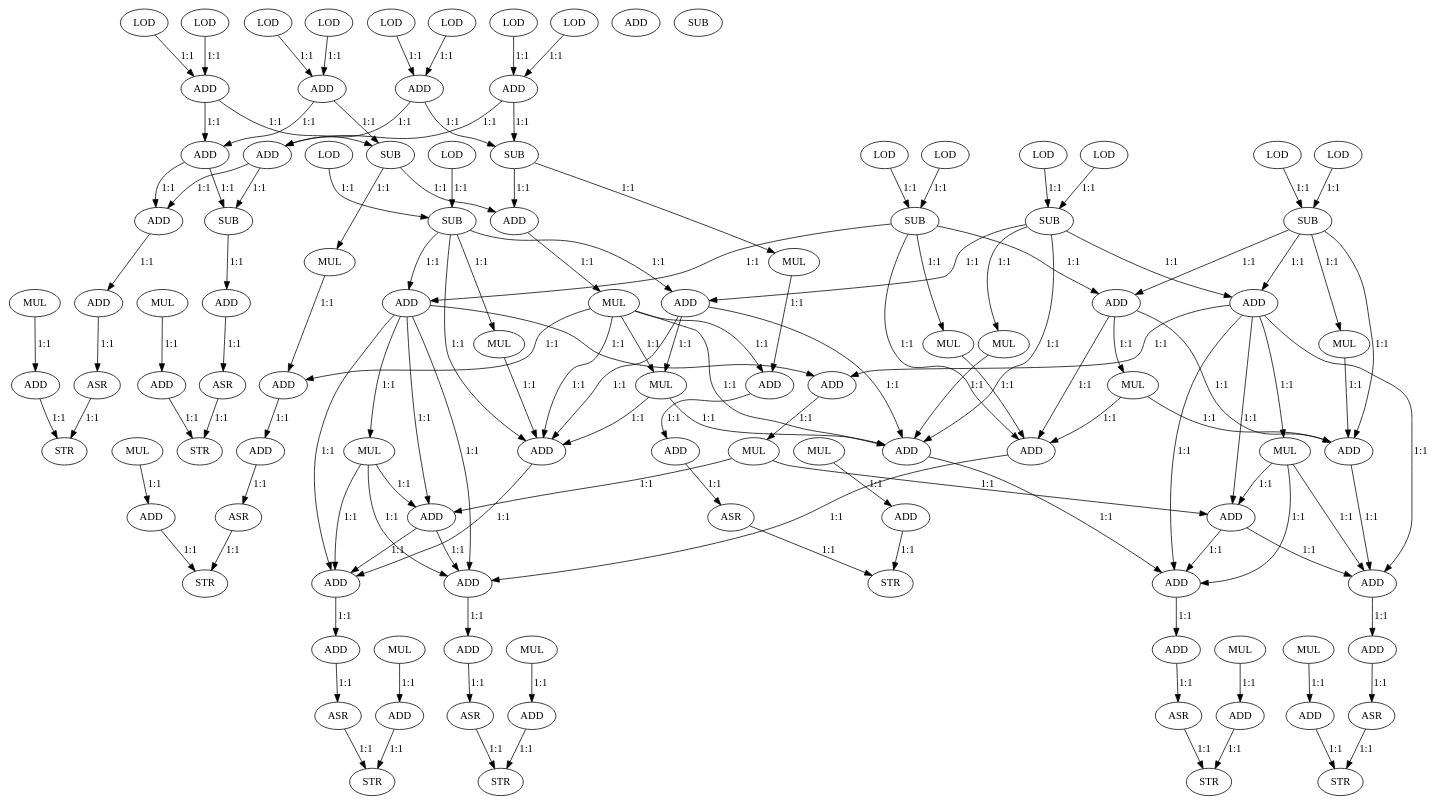
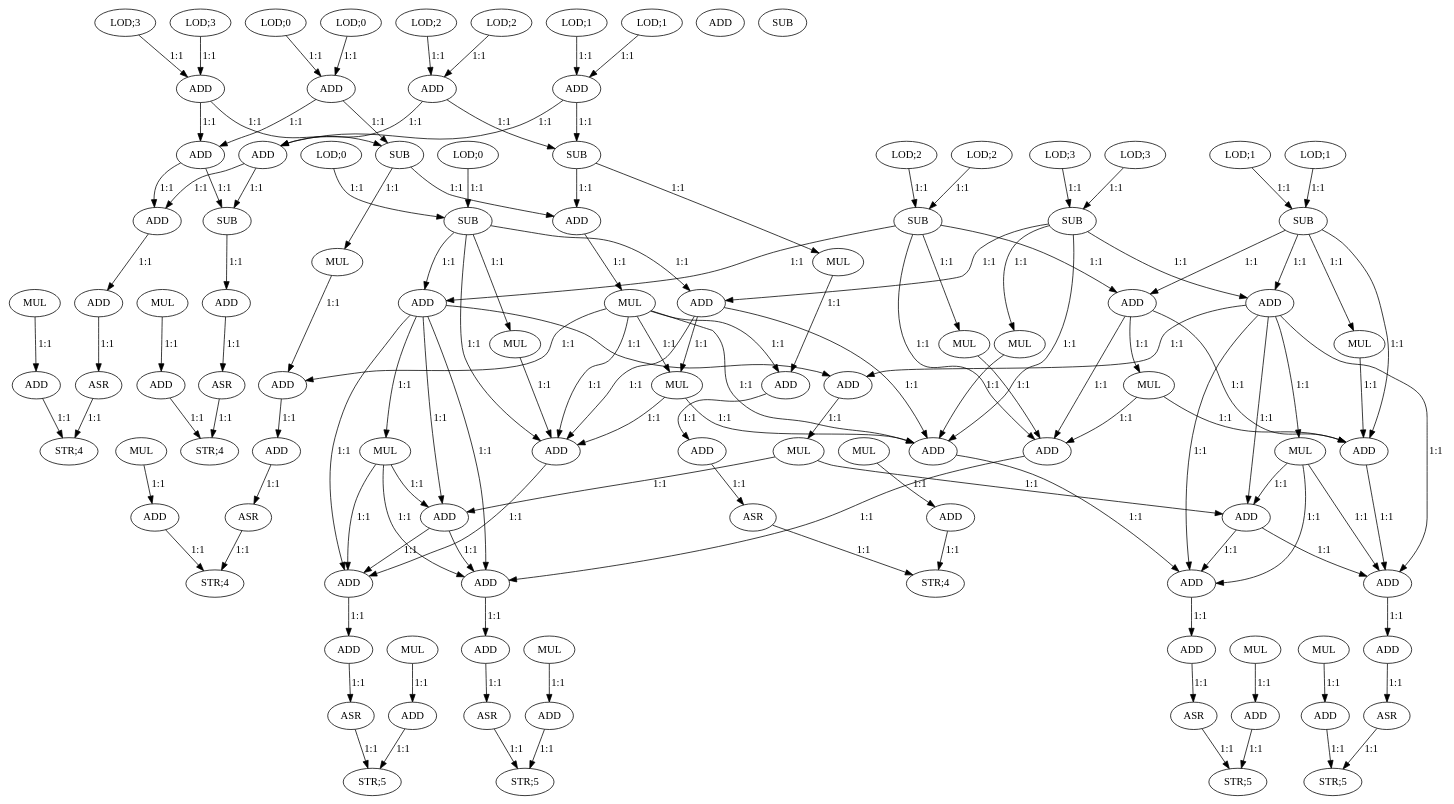
The diagram in large_dfgs/Express_loadUpward/jpeg_fdct.dot (nikhilsambhus/DFGprop), drawn with Graphviz before and after one commit. The commit also changed 16 other files, not shown here.

```diff
--- a/large_dfgs/Express_loadUpward/jpeg_fdct.dot
+++ b/large_dfgs/Express_loadUpward/jpeg_fdct.dot
@@ -1,27 +1,27 @@
 digraph  {
-   0 [label="LOD"];
-   1 [label="LOD"];
+   0 [label="LOD;0"];
+   1 [label="LOD;0"];
    2 [label="ADD"];
-   3 [label="LOD"];
-   4 [label="LOD"];
+   3 [label="LOD;0"];
+   4 [label="LOD;0"];
    5 [label="SUB"];
-   6 [label="LOD"];
-   7 [label="LOD"];
+   6 [label="LOD;1"];
+   7 [label="LOD;1"];
    8 [label="ADD"];
-   9 [label="LOD"];
-   10 [label="LOD"];
+   9 [label="LOD;1"];
+   10 [label="LOD;1"];
    11 [label="SUB"];
-   12 [label="LOD"];
-   13 [label="LOD"];
+   12 [label="LOD;2"];
+   13 [label="LOD;2"];
    14 [label="ADD"];
-   15 [label="LOD"];
-   16 [label="LOD"];
+   15 [label="LOD;2"];
+   16 [label="LOD;2"];
    17 [label="SUB"];
-   18 [label="LOD"];
-   19 [label="LOD"];
+   18 [label="LOD;3"];
+   19 [label="LOD;3"];
    20 [label="ADD"];
-   21 [label="LOD"];
-   22 [label="LOD"];
+   21 [label="LOD;3"];
+   22 [label="LOD;3"];
    23 [label="SUB"];
    24 [label="ADD"];
    25 [label="SUB"];
@@ -32,13 +32,13 @@
    30 [label="ASR"];
    31 [label="MUL"];
    32 [label="ADD"];
-   33 [label="STR"];
+   33 [label="STR;4"];
    34 [label="SUB"];
    35 [label="ADD"];
    36 [label="ASR"];
    37 [label="MUL"];
    38 [label="ADD"];
-   39 [label="STR"];
+   39 [label="STR;4"];
    40 [label="ADD"];
    41 [label="MUL"];
    42 [label="MUL"];
@@ -47,14 +47,14 @@
    45 [label="ASR"];
    46 [label="MUL"];
    47 [label="ADD"];
-   48 [label="STR"];
+   48 [label="STR;4"];
    49 [label="MUL"];
    50 [label="ADD"];
    51 [label="ADD"];
    52 [label="ASR"];
    53 [label="MUL"];
    54 [label="ADD"];
-   55 [label="STR"];
+   55 [label="STR;4"];
    56 [label="ADD"];
    57 [label="ADD"];
    58 [label="ADD"];
@@ -77,166 +77,166 @@
    75 [label="ASR"];
    76 [label="MUL"];
    77 [label="ADD"];
-   78 [label="STR"];
+   78 [label="STR;5"];
    79 [label="ADD"];
    80 [label="ADD"];
    81 [label="ADD"];
    82 [label="ASR"];
    83 [label="MUL"];
    84 [label="ADD"];
-   85 [label="STR"];
+   85 [label="STR;5"];
    86 [label="ADD"];
    87 [label="ADD"];
    88 [label="ADD"];
    89 [label="ASR"];
    90 [label="MUL"];
    91 [label="ADD"];
-   92 [label="STR"];
+   92 [label="STR;5"];
    93 [label="ADD"];
    94 [label="ADD"];
    95 [label="ADD"];
    96 [label="ASR"];
    97 [label="MUL"];
    98 [label="ADD"];
-   99 [label="STR"];
+   99 [label="STR;5"];
    100 [label="ADD"];
    101 [label="SUB"];
 
-   0->2 [label="1:1"]
-   1->2 [label="1:1"]
-   2->24 [label="1:1"]
-   2->25 [label="1:1"]
-   3->5 [label="1:1"]
-   4->5 [label="1:1"]
-   5->56 [label="1:1"]
-   5->59 [label="1:1"]
-   5->65 [label="1:1"]
-   5->93 [label="1:1"]
-   6->8 [label="1:1"]
-   7->8 [label="1:1"]
-   8->26 [label="1:1"]
-   8->27 [label="1:1"]
-   9->11 [label="1:1"]
-   10->11 [label="1:1"]
-   11->57 [label="1:1"]
-   11->58 [label="1:1"]
-   11->64 [label="1:1"]
-   11->86 [label="1:1"]
-   12->14 [label="1:1"]
-   13->14 [label="1:1"]
-   14->26 [label="1:1"]
-   14->27 [label="1:1"]
-   15->17 [label="1:1"]
-   16->17 [label="1:1"]
-   17->57 [label="1:1"]
-   17->59 [label="1:1"]
-   17->63 [label="1:1"]
-   17->79 [label="1:1"]
-   18->20 [label="1:1"]
-   19->20 [label="1:1"]
-   20->24 [label="1:1"]
-   20->25 [label="1:1"]
-   21->23 [label="1:1"]
-   22->23 [label="1:1"]
-   23->56 [label="1:1"]
-   23->58 [label="1:1"]
-   23->62 [label="1:1"]
-   23->72 [label="1:1"]
-   24->28 [label="1:1"]
-   24->34 [label="1:1"]
-   25->40 [label="1:1"]
-   25->42 [label="1:1"]
-   26->28 [label="1:1"]
-   26->34 [label="1:1"]
-   27->40 [label="1:1"]
-   27->49 [label="1:1"]
-   28->29 [label="1:1"]
-   29->30 [label="1:1"]
-   30->33 [label="1:1"]
-   31->32 [label="1:1"]
-   32->33 [label="1:1"]
-   34->35 [label="1:1"]
-   35->36 [label="1:1"]
-   36->39 [label="1:1"]
-   37->38 [label="1:1"]
-   38->39 [label="1:1"]
-   40->41 [label="1:1"]
-   41->43 [label="1:1"]
-   41->50 [label="1:1"]
-   41->66 [label="1:1"]
-   41->72 [label="1:1"]
-   41->93 [label="1:1"]
-   42->43 [label="1:1"]
-   43->44 [label="1:1"]
-   44->45 [label="1:1"]
-   45->48 [label="1:1"]
-   46->47 [label="1:1"]
-   47->48 [label="1:1"]
-   49->50 [label="1:1"]
-   50->51 [label="1:1"]
-   51->52 [label="1:1"]
-   52->55 [label="1:1"]
-   53->54 [label="1:1"]
-   54->55 [label="1:1"]
-   56->66 [label="1:1"]
-   56->72 [label="1:1"]
-   56->93 [label="1:1"]
-   57->67 [label="1:1"]
-   57->79 [label="1:1"]
-   57->86 [label="1:1"]
-   58->60 [label="1:1"]
-   58->68 [label="1:1"]
-   58->70 [label="1:1"]
-   58->73 [label="1:1"]
-   58->87 [label="1:1"]
-   59->60 [label="1:1"]
-   59->69 [label="1:1"]
-   59->71 [label="1:1"]
-   59->80 [label="1:1"]
-   59->94 [label="1:1"]
-   60->61 [label="1:1"]
-   61->70 [label="1:1"]
-   61->71 [label="1:1"]
-   62->72 [label="1:1"]
-   63->79 [label="1:1"]
-   64->86 [label="1:1"]
-   65->93 [label="1:1"]
-   66->72 [label="1:1"]
-   66->93 [label="1:1"]
-   67->79 [label="1:1"]
-   67->86 [label="1:1"]
-   68->70 [label="1:1"]
-   68->73 [label="1:1"]
-   68->87 [label="1:1"]
-   69->71 [label="1:1"]
-   69->80 [label="1:1"]
-   69->94 [label="1:1"]
-   70->73 [label="1:1"]
-   70->87 [label="1:1"]
-   71->80 [label="1:1"]
-   71->94 [label="1:1"]
-   72->73 [label="1:1"]
-   73->74 [label="1:1"]
-   74->75 [label="1:1"]
-   75->78 [label="1:1"]
-   76->77 [label="1:1"]
-   77->78 [label="1:1"]
-   79->80 [label="1:1"]
-   80->81 [label="1:1"]
-   81->82 [label="1:1"]
-   82->85 [label="1:1"]
-   83->84 [label="1:1"]
-   84->85 [label="1:1"]
-   86->87 [label="1:1"]
-   87->88 [label="1:1"]
-   88->89 [label="1:1"]
-   89->92 [label="1:1"]
-   90->91 [label="1:1"]
-   91->92 [label="1:1"]
-   93->94 [label="1:1"]
-   94->95 [label="1:1"]
-   95->96 [label="1:1"]
-   96->99 [label="1:1"]
-   97->98 [label="1:1"]
-   98->99 [label="1:1"]
+   0->2 [label="1:1"];
+   1->2 [label="1:1"];
+   2->24 [label="1:1"];
+   2->25 [label="1:1"];
+   3->5 [label="1:1"];
+   4->5 [label="1:1"];
+   5->56 [label="1:1"];
+   5->59 [label="1:1"];
+   5->65 [label="1:1"];
+   5->93 [label="1:1"];
+   6->8 [label="1:1"];
+   7->8 [label="1:1"];
+   8->26 [label="1:1"];
+   8->27 [label="1:1"];
+   9->11 [label="1:1"];
+   10->11 [label="1:1"];
+   11->57 [label="1:1"];
+   11->58 [label="1:1"];
+   11->64 [label="1:1"];
+   11->86 [label="1:1"];
+   12->14 [label="1:1"];
+   13->14 [label="1:1"];
+   14->26 [label="1:1"];
+   14->27 [label="1:1"];
+   15->17 [label="1:1"];
+   16->17 [label="1:1"];
+   17->57 [label="1:1"];
+   17->59 [label="1:1"];
+   17->63 [label="1:1"];
+   17->79 [label="1:1"];
+   18->20 [label="1:1"];
+   19->20 [label="1:1"];
+   20->24 [label="1:1"];
+   20->25 [label="1:1"];
+   21->23 [label="1:1"];
+   22->23 [label="1:1"];
+   23->56 [label="1:1"];
+   23->58 [label="1:1"];
+   23->62 [label="1:1"];
+   23->72 [label="1:1"];
+   24->28 [label="1:1"];
+   24->34 [label="1:1"];
+   25->40 [label="1:1"];
+   25->42 [label="1:1"];
+   26->28 [label="1:1"];
+   26->34 [label="1:1"];
+   27->40 [label="1:1"];
+   27->49 [label="1:1"];
+   28->29 [label="1:1"];
+   29->30 [label="1:1"];
+   30->33 [label="1:1"];
+   31->32 [label="1:1"];
+   32->33 [label="1:1"];
+   34->35 [label="1:1"];
+   35->36 [label="1:1"];
+   36->39 [label="1:1"];
+   37->38 [label="1:1"];
+   38->39 [label="1:1"];
+   40->41 [label="1:1"];
+   41->43 [label="1:1"];
+   41->50 [label="1:1"];
+   41->66 [label="1:1"];
+   41->72 [label="1:1"];
+   41->93 [label="1:1"];
+   42->43 [label="1:1"];
+   43->44 [label="1:1"];
+   44->45 [label="1:1"];
+   45->48 [label="1:1"];
+   46->47 [label="1:1"];
+   47->48 [label="1:1"];
+   49->50 [label="1:1"];
+   50->51 [label="1:1"];
+   51->52 [label="1:1"];
+   52->55 [label="1:1"];
+   53->54 [label="1:1"];
+   54->55 [label="1:1"];
+   56->66 [label="1:1"];
+   56->72 [label="1:1"];
+   56->93 [label="1:1"];
+   57->67 [label="1:1"];
+   57->79 [label="1:1"];
+   57->86 [label="1:1"];
+   58->60 [label="1:1"];
+   58->68 [label="1:1"];
+   58->70 [label="1:1"];
+   58->73 [label="1:1"];
+   58->87 [label="1:1"];
+   59->60 [label="1:1"];
+   59->69 [label="1:1"];
+   59->71 [label="1:1"];
+   59->80 [label="1:1"];
+   59->94 [label="1:1"];
+   60->61 [label="1:1"];
+   61->70 [label="1:1"];
+   61->71 [label="1:1"];
+   62->72 [label="1:1"];
+   63->79 [label="1:1"];
+   64->86 [label="1:1"];
+   65->93 [label="1:1"];
+   66->72 [label="1:1"];
+   66->93 [label="1:1"];
+   67->79 [label="1:1"];
+   67->86 [label="1:1"];
+   68->70 [label="1:1"];
+   68->73 [label="1:1"];
+   68->87 [label="1:1"];
+   69->71 [label="1:1"];
+   69->80 [label="1:1"];
+   69->94 [label="1:1"];
+   70->73 [label="1:1"];
+   70->87 [label="1:1"];
+   71->80 [label="1:1"];
+   71->94 [label="1:1"];
+   72->73 [label="1:1"];
+   73->74 [label="1:1"];
+   74->75 [label="1:1"];
+   75->78 [label="1:1"];
+   76->77 [label="1:1"];
+   77->78 [label="1:1"];
+   79->80 [label="1:1"];
+   80->81 [label="1:1"];
+   81->82 [label="1:1"];
+   82->85 [label="1:1"];
+   83->84 [label="1:1"];
+   84->85 [label="1:1"];
+   86->87 [label="1:1"];
+   87->88 [label="1:1"];
+   88->89 [label="1:1"];
+   89->92 [label="1:1"];
+   90->91 [label="1:1"];
+   91->92 [label="1:1"];
+   93->94 [label="1:1"];
+   94->95 [label="1:1"];
+   95->96 [label="1:1"];
+   96->99 [label="1:1"];
+   97->98 [label="1:1"];
+   98->99 [label="1:1"];
 }
```
